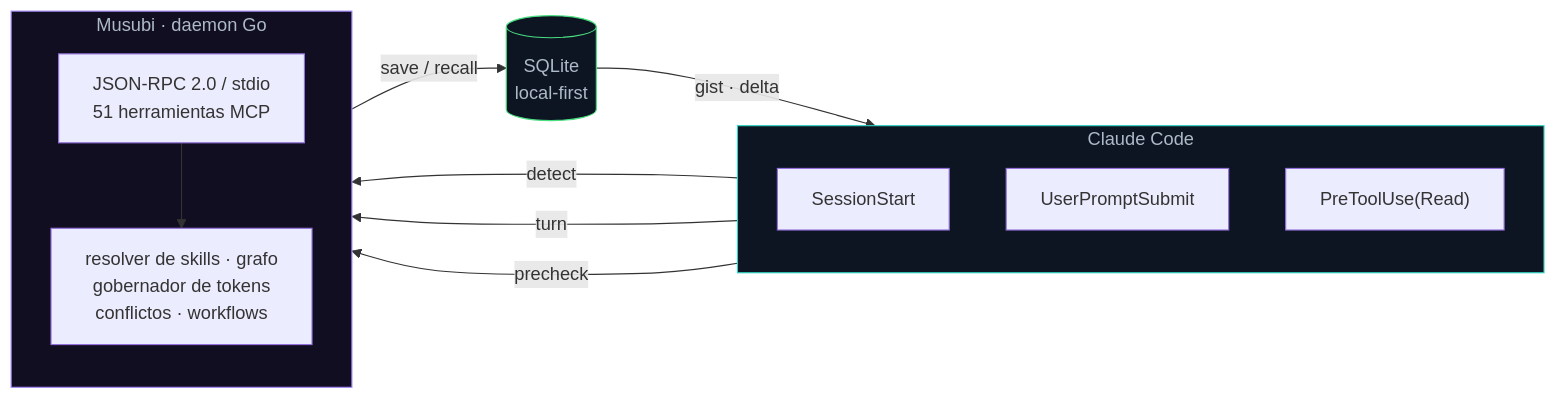
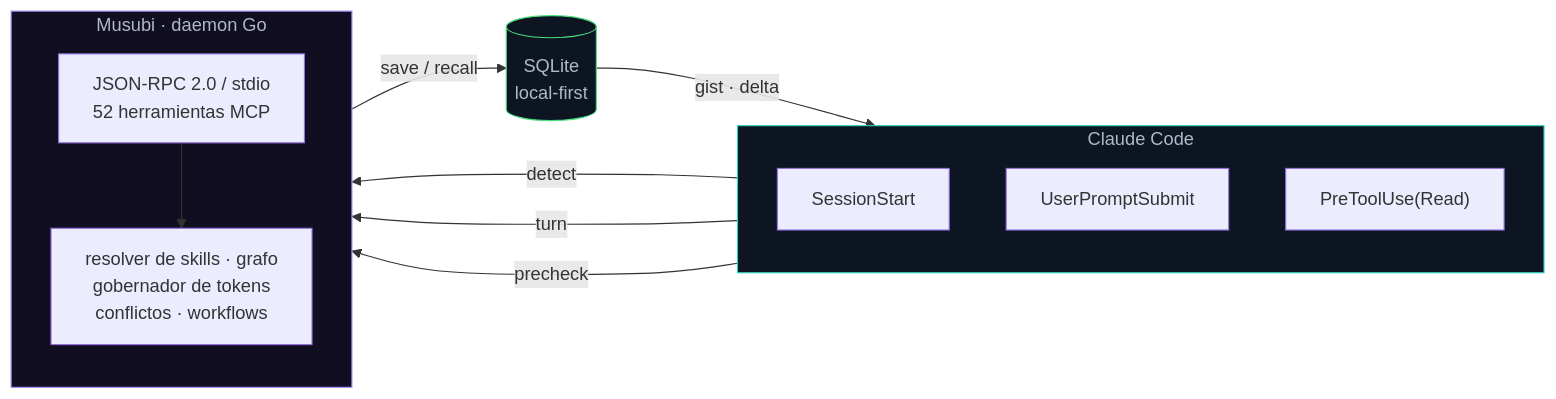
One commit to codeabraham16/musubi changed the first of 3 diagrams in README.md. Above: the diagram before and after it, drawn with Mermaid. The commit also changed other lines of this file and 13 other files, not shown here.

````diff
--- a/README.md
+++ b/README.md
@@ -68,27 +68,27 @@
 ```mermaid
 flowchart LR
     subgraph CC["Claude Code"]
         direction TB
         H1["SessionStart"]
         H2["UserPromptSubmit"]
         H3["PreToolUse(Read)"]
     end
     subgraph M["Musubi · daemon Go"]
         direction TB
-        RPC["JSON-RPC 2.0 / stdio<br/>51 herramientas MCP"]
+        RPC["JSON-RPC 2.0 / stdio<br/>52 herramientas MCP"]
         COG["resolver de skills · grafo<br/>gobernador de tokens<br/>conflictos · workflows"]
     end
     DB[("SQLite<br/>local-first")]
 
     H1 -- "detect" --> RPC
     H2 -- "turn" --> RPC
     H3 -- "precheck" --> RPC
     RPC --> COG
     COG -- "save / recall" --> DB
     DB -- "gist · delta" --> CC
 
     classDef cc fill:#0d1422,stroke:#2dd4bf,color:#adbac7;
     classDef mm fill:#120e22,stroke:#a78bfa,color:#adbac7;
     classDef db fill:#0d1422,stroke:#4ade80,color:#adbac7;
     class CC cc; class M mm; class DB db;
 ```
````
